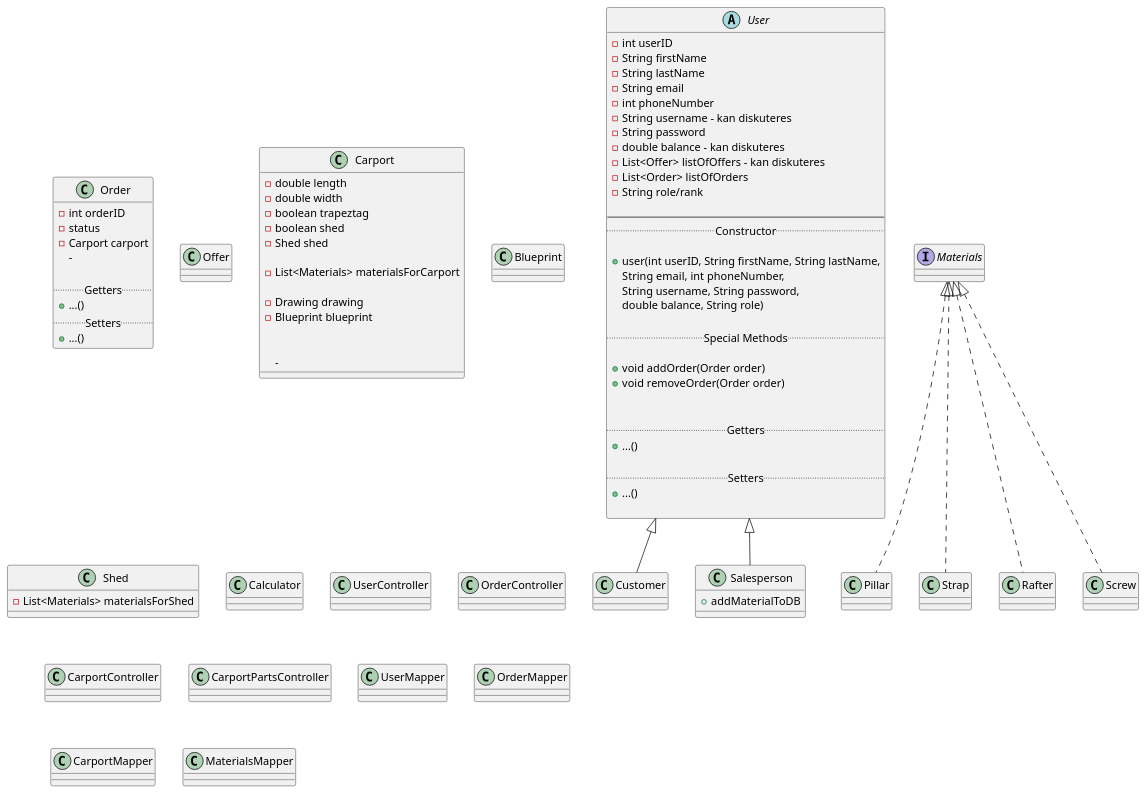
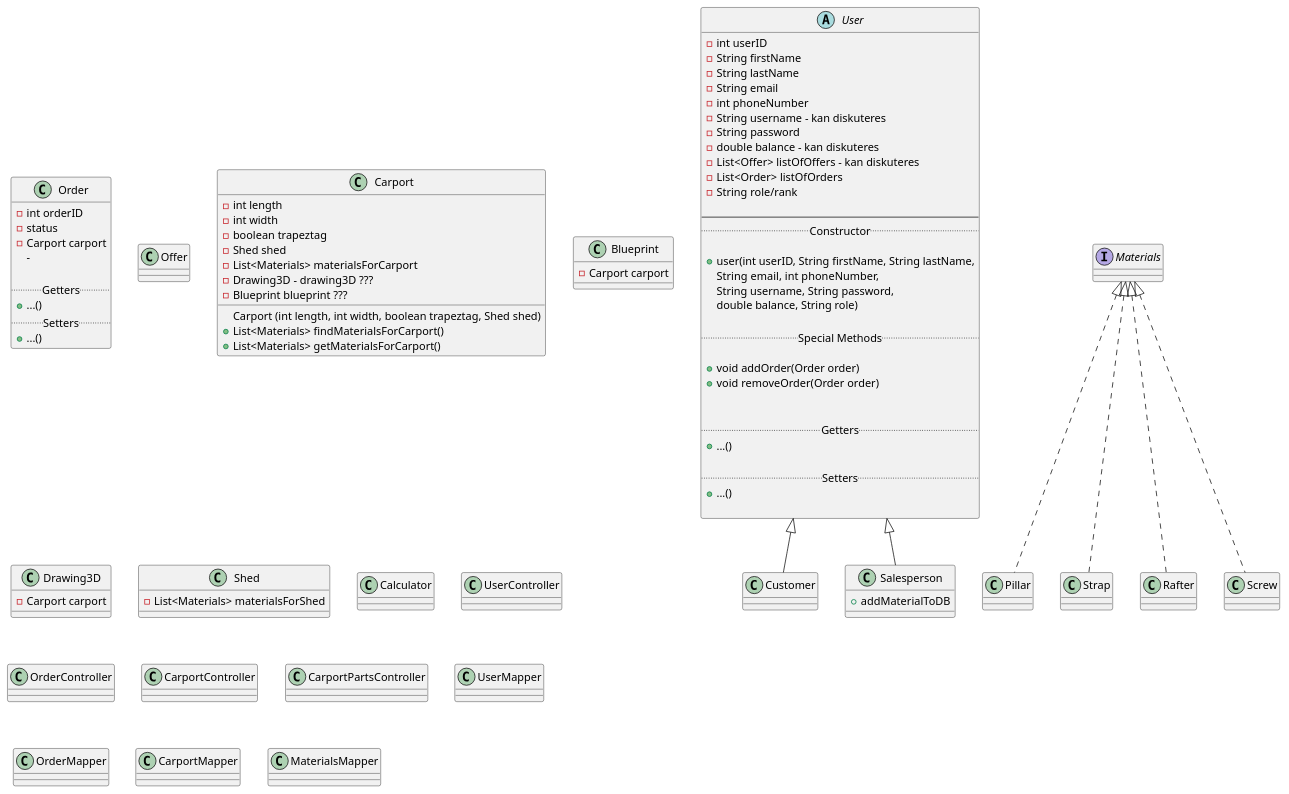
Before and after one commit to Laumh-exe/2SemEksamenOpgave: the diagram in doc/Analyse/PlantUML/KlasseDiagram.puml, drawn with PlantUML.

Commit message:
Class diagram - flere små tilføjelser

```diff
--- a/doc/Analyse/PlantUML/KlasseDiagram.puml
+++ b/doc/Analyse/PlantUML/KlasseDiagram.puml
@@ -1,123 +1,140 @@
 @startuml
 'https://plantuml.com/class-diagram
 
 abstract User{
     - int userID
     - String firstName
     - String lastName
     - String email
     - int phoneNumber
     - String username - kan diskuteres
     - String password
     - double balance - kan diskuteres
     - List<Offer> listOfOffers - kan diskuteres
     - List<Order> listOfOrders
     - String role/rank
 
     --
     ..Constructor..
 
     + user(int userID, String firstName, String lastName,
     String email, int phoneNumber,
     String username, String password,
     double balance, String role)
 
     ..Special Methods..
 
     + void addOrder(Order order)
     + void removeOrder(Order order)
 
 
     ..Getters..
     + ...()
 
     ..Setters..
     + ...()
 
 }
 
 class Customer extends User {
 
 }
 
 
 class Salesperson extends User {
 
 
     + addMaterialToDB
 
 }
 
 
 
 class Order {
     - int orderID
     - status
     - Carport carport
     -
 
     ..Getters..
     + ...()
     ..Setters..
     + ...()
 }
 class Offer
 /'class Receipt'/
 class Carport {
 
-    - double length
-    - double width
+    - int length
+    - int width
     - boolean trapeztag
-    - boolean shed
     - Shed shed
-
     - List<Materials> materialsForCarport
-
-    - Drawing drawing
-    - Blueprint blueprint
+    - Drawing3D - drawing3D ???
+    - Blueprint blueprint ???
 
 
-    -
+
+    Carport (int length, int width, boolean trapeztag, Shed shed)
+
+
+    + List<Materials> findMaterialsForCarport()
+
+
+    + List<Materials> getMaterialsForCarport()
+
+
 }
 
 
 class Blueprint {
+
+    - Carport carport
+
+
+
+
+}
+
+class Drawing3D{
+
+    - Carport carport
 }
 
 interface Materials{
 }
 
 class Pillar implements Materials{}
 class Strap implements Materials{}
 class Rafter implements Materials{}
 class Screw implements Materials{}
 
 
 class Shed {
     - List<Materials> materialsForShed
 }
 
 
 
 
 
 class Calculator {
 
 }
 
 class UserController
 class OrderController
 class CarportController
 class CarportPartsController
 
 class UserMapper
 class OrderMapper
 class CarportMapper
 class MaterialsMapper
 
 
 
 
 
 
 @enduml
```
